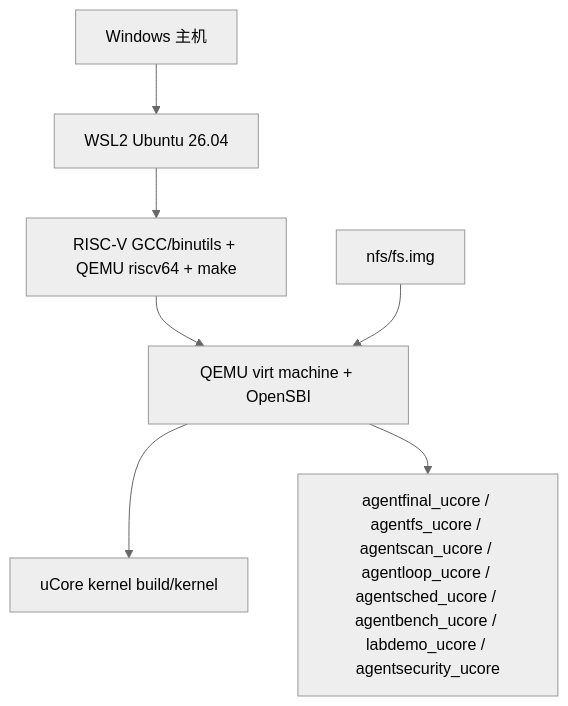
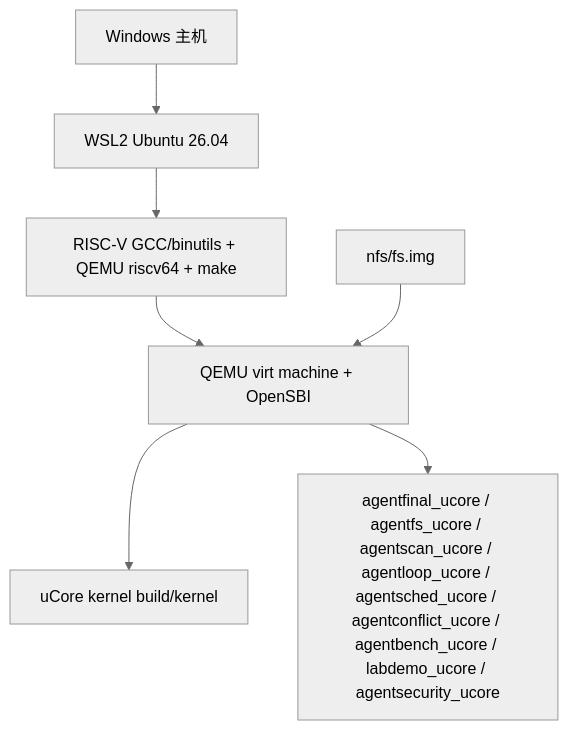
One commit to yushugulao/Agent-OS changed diagram 11 of 11 in agentos_ucore/docs/design.md. Above: the diagram before and after it, drawn with Mermaid (neutral theme). The commit also changed other lines of this file and 93 other files, not shown here.

````diff
--- a/agentos_ucore/docs/design.md
+++ b/agentos_ucore/docs/design.md
@@ -291,13 +337,13 @@
 ```mermaid
 flowchart TB
     Host["Windows 主机"]
     WSL["WSL2 Ubuntu 26.04"]
     Toolchain["RISC-V GCC/binutils + QEMU riscv64 + make"]
     QEMU["QEMU virt machine + OpenSBI"]
     Kernel["uCore kernel build/kernel"]
     FS["nfs/fs.img"]
-    Tests["agentfinal_ucore / agentfs_ucore / agentscan_ucore / agentloop_ucore / agentsched_ucore / agentbench_ucore / labdemo_ucore / agentsecurity_ucore"]
+    Tests["agentfinal_ucore / agentfs_ucore / agentscan_ucore / agentloop_ucore / agentsched_ucore / agentconflict_ucore / agentbench_ucore / labdemo_ucore / agentsecurity_ucore"]
     Host --> WSL --> Toolchain --> QEMU --> Kernel
     FS --> QEMU
     QEMU --> Tests
 ```
````
